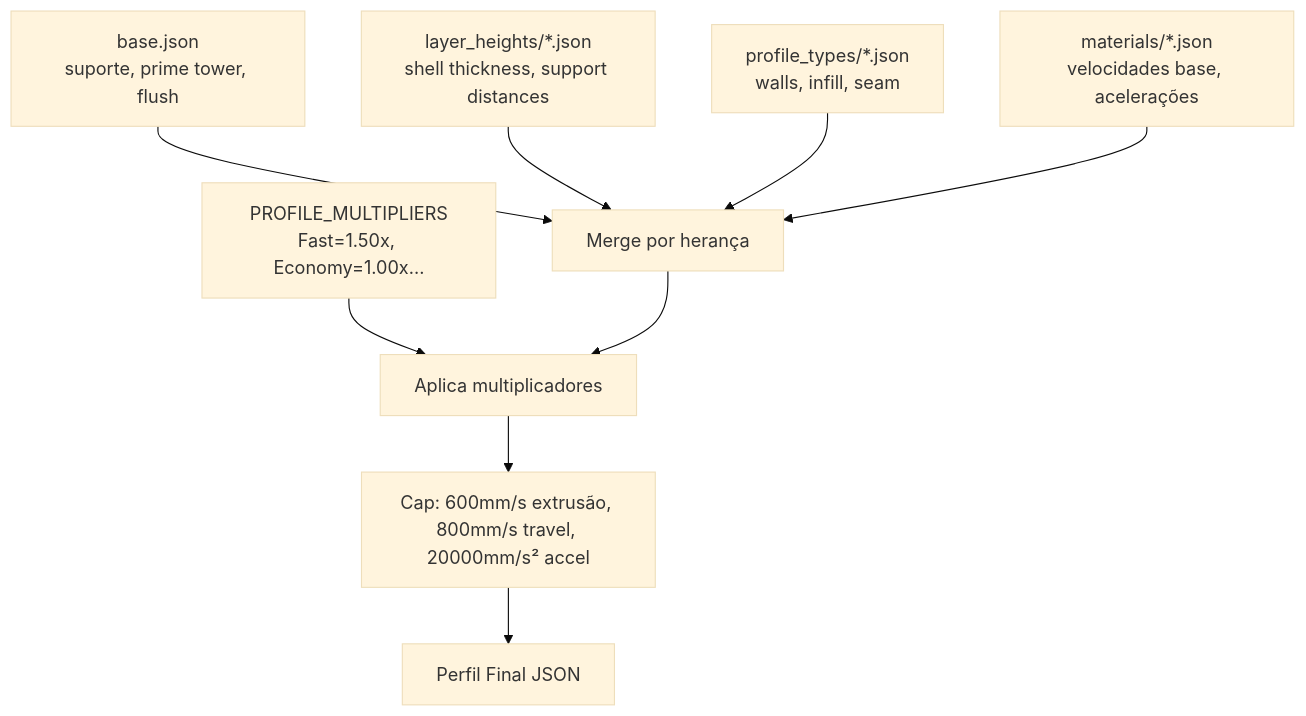
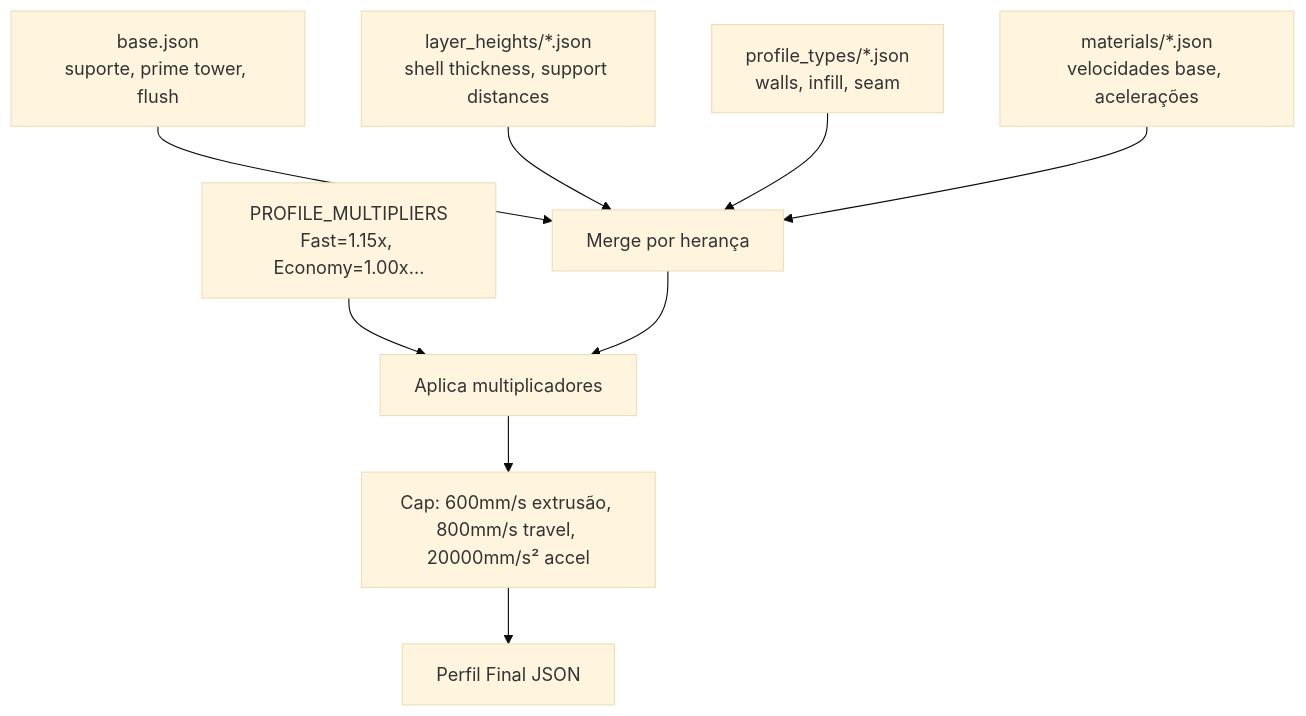
One commit to RafaelFino/FilamentDB changed diagram 12 of 12 in README.md. Above: the diagram before and after it, drawn with Mermaid (base theme). The commit also changed other lines of this file and 86 other files, not shown here.

````diff
--- a/README.md
+++ b/README.md
@@ -1102,11 +1099,11 @@
 ```mermaid
 flowchart TD
     BASE[base.json<br/>suporte, prime tower, flush] --> MERGE
     LH[layer_heights/*.json<br/>shell thickness, support distances] --> MERGE
     PT[profile_types/*.json<br/>walls, infill, seam] --> MERGE
     MAT[materials/*.json<br/>velocidades base, acelerações] --> MERGE[Merge por herança]
-    MULT[PROFILE_MULTIPLIERS<br/>Fast=1.50x, Economy=1.00x...] --> CALC[Aplica multiplicadores]
+    MULT[PROFILE_MULTIPLIERS<br/>Fast=1.15x, Economy=1.00x...] --> CALC[Aplica multiplicadores]
     MERGE --> CALC
     CALC --> CAP[Cap: 600mm/s extrusão, 800mm/s travel, 20000mm/s² accel]
     CAP --> PROFILE[Perfil Final JSON]
 ```
````
